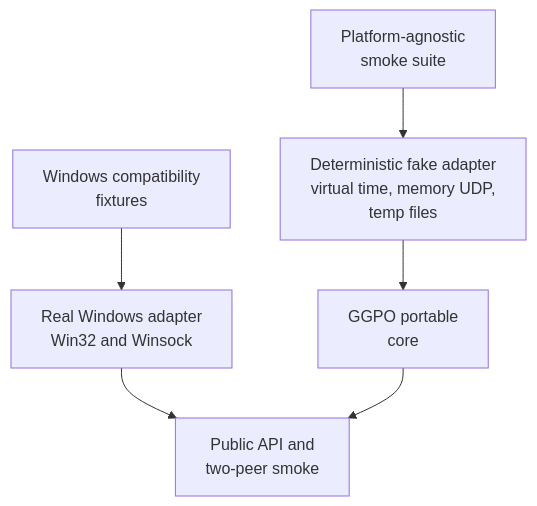
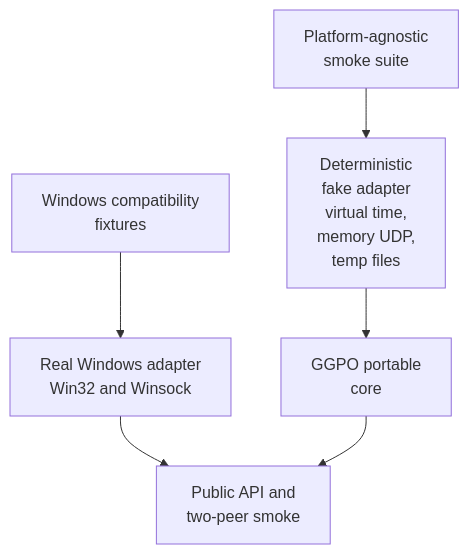
One commit to irregularthanis/ggpo-next changed the second of 5 diagrams in doc/planning/2026-11-06-platform_agnostic_core/TECH_PLAN.md. Above: the diagram before and after it, drawn with Mermaid. The commit also changed other lines of this file and 6 other files, not shown here.

Commit message:
docs: wrap long Mermaid labels

````diff
--- a/doc/planning/2026-11-06-platform_agnostic_core/TECH_PLAN.md
+++ b/doc/planning/2026-11-06-platform_agnostic_core/TECH_PLAN.md
@@ -240,14 +240,14 @@
 ```mermaid
 flowchart TD
     CoreSuite["Platform-agnostic<br/>smoke suite"]
-    Fake["Deterministic fake adapter<br/>virtual time, memory UDP,<br/>temp files"]
+    Fake["Deterministic<br/>fake adapter<br/>virtual time,<br/>memory UDP,<br/>temp files"]
     Core["GGPO portable<br/>core"]
     ContractSuite["Windows compatibility<br/>fixtures"]
     Windows["Real Windows adapter<br/>Win32 and Winsock"]
     Full["Public API and<br/>two-peer smoke"]
 
     CoreSuite --> Fake --> Core
     ContractSuite --> Windows
     Windows --> Full
     Core --> Full
 ```
````
